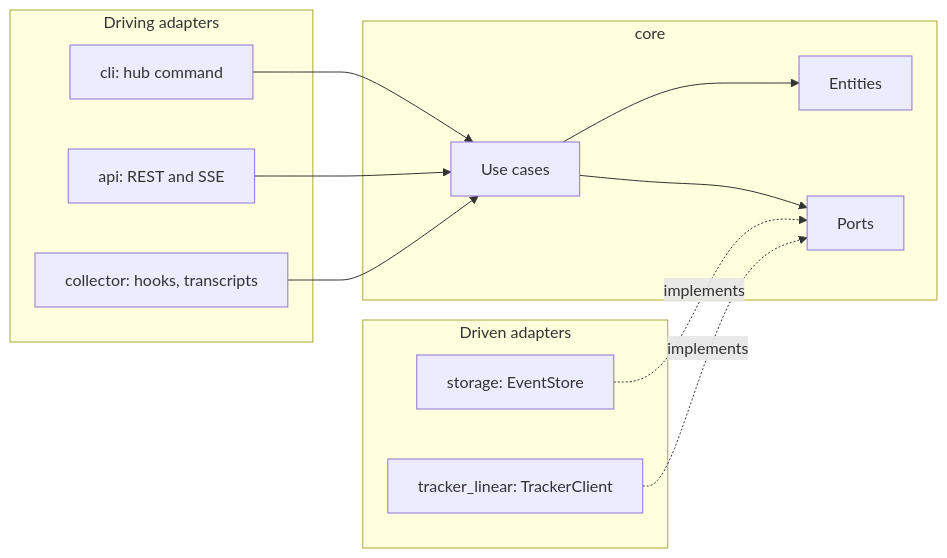
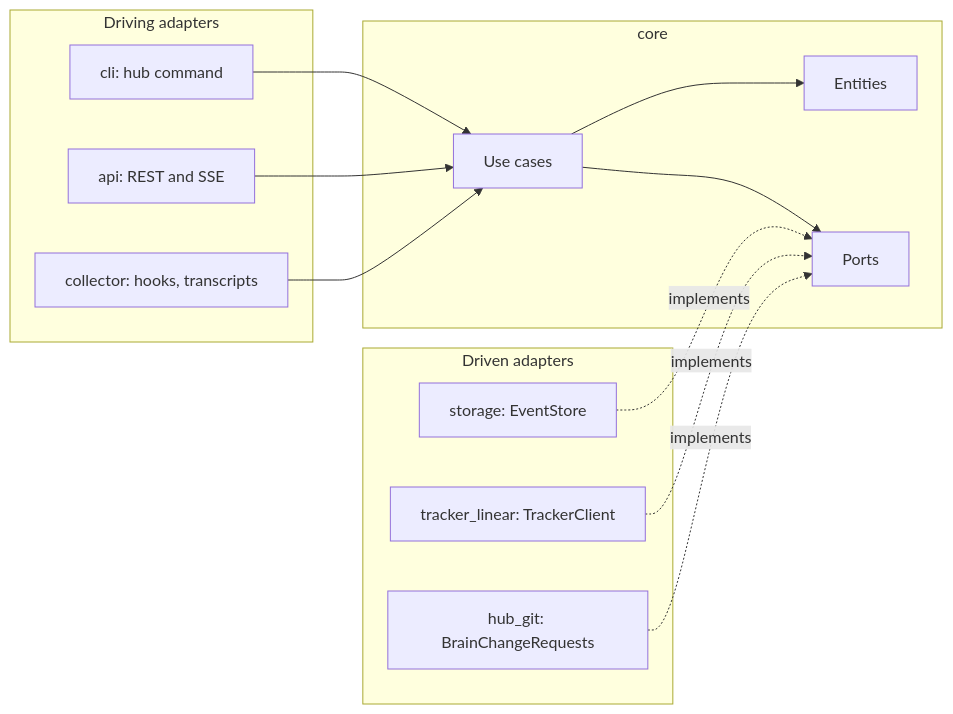
The second of 2 diagrams in docs/ARCHITECTURE.md (jroquette/agent-hub), drawn with Mermaid before and after one commit. The commit also changed other lines of this file and 9 other files, not shown here.

````diff
--- a/docs/ARCHITECTURE.md
+++ b/docs/ARCHITECTURE.md
@@ -134,21 +141,23 @@
 ```mermaid
 flowchart LR
   subgraph adapters_in[Driving adapters]
     cli[cli: hub command]
     api["api: REST and SSE"]
     collector[collector: hooks, transcripts]
   end
   subgraph core[core]
     usecases[Use cases] --> entities[Entities]
     usecases --> ports[Ports]
   end
   subgraph adapters_out[Driven adapters]
     storage[storage: EventStore]
     tracker[tracker_linear: TrackerClient]
+    hubgit[hub_git: BrainChangeRequests]
   end
   cli --> usecases
   api --> usecases
   collector --> usecases
   storage -. implements .-> ports
   tracker -. implements .-> ports
+  hubgit -. implements .-> ports
 ```
````
